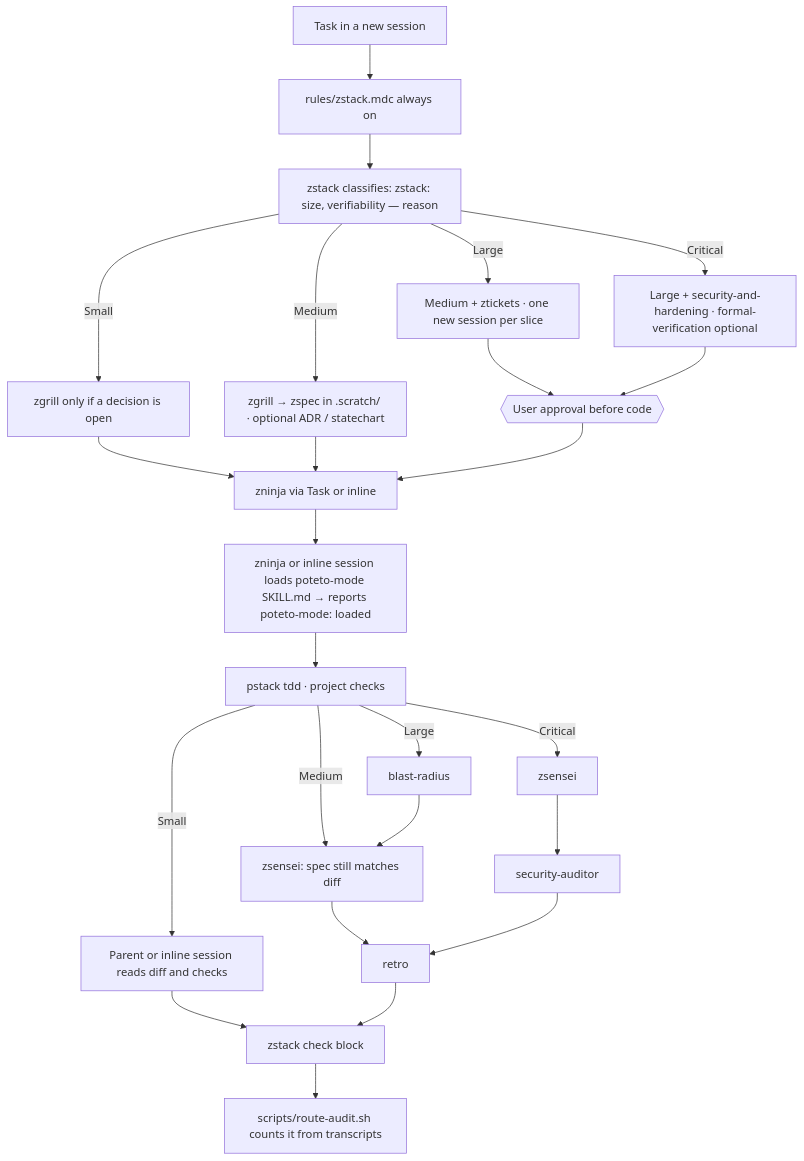
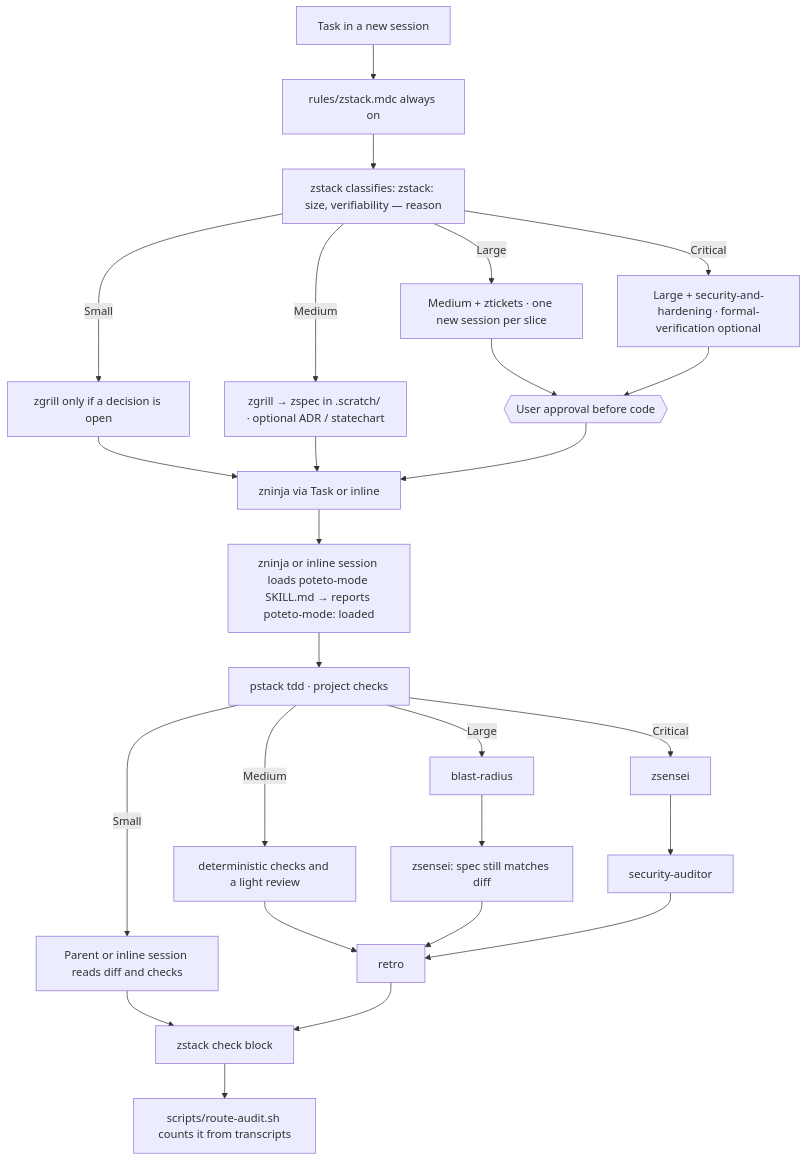
One commit to Byevenes/agent-workflow changed the diagram in docs/software-factory.md. Above: the diagram before and after it, drawn with Mermaid. The commit also changed 12 other files, not shown here.

````diff
--- a/docs/software-factory.md
+++ b/docs/software-factory.md
@@ -5,25 +5,26 @@
 ```mermaid
 flowchart TD
   task[Task in a new session] --> rule[rules/zstack.mdc always on]
   rule --> rw[zstack classifies: zstack: size, verifiability — reason]
   rw -->|Small| sPlan[zgrill only if a decision is open]
   rw -->|Medium| mPlan[zgrill → zspec in .scratch/ · optional ADR / statechart]
   rw -->|Large| lPlan[Medium + ztickets · one new session per slice]
   rw -->|Critical| cPlan[Large + security-and-hardening · formal-verification optional]
   lPlan --> gate{{User approval before code}}
   cPlan --> gate
   sPlan --> impl
   mPlan --> impl
   gate --> impl[zninja via Task or inline]
   impl --> pm[zninja or inline session loads poteto-mode SKILL.md → reports poteto-mode: loaded]
   pm --> tdd[pstack tdd · project checks]
   tdd -->|Small| done[Parent or inline session reads diff and checks]
-  tdd -->|Medium| cr[zsensei: spec still matches diff]
-  tdd -->|Large| br[blast-radius] --> cr
+  tdd -->|Medium| light[deterministic checks and a light review]
+  tdd -->|Large| br[blast-radius] --> cr[zsensei: spec still matches diff]
   tdd -->|Critical| cr2[zsensei] --> sa[security-auditor]
-  cr --> retro[retro]
+  light --> retro[retro]
+  cr --> retro
   sa --> retro
   done --> check[zstack check block]
   retro --> check
   check --> audit[scripts/route-audit.sh counts it from transcripts]
 ```
````
